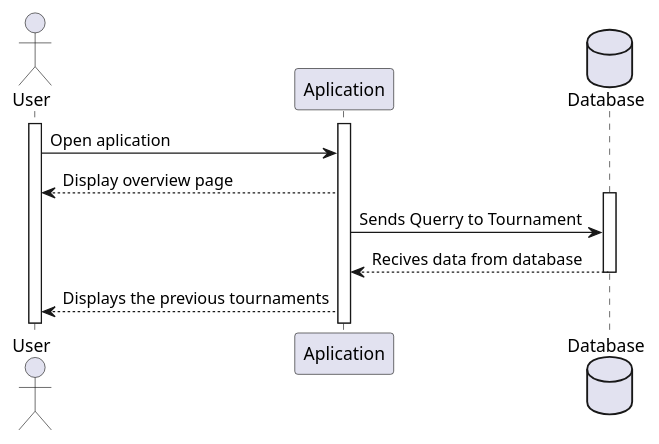
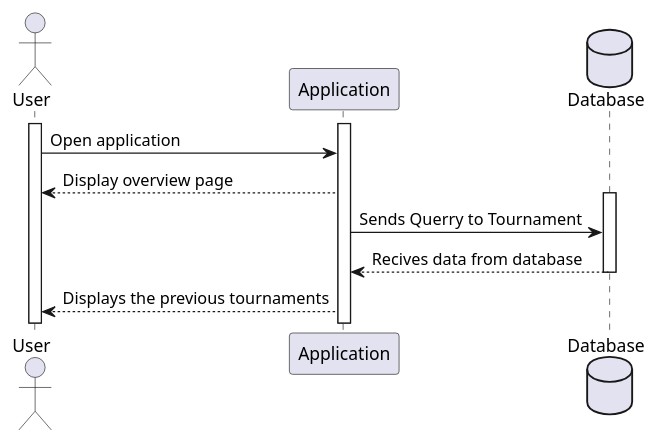
One commit to itzMesh/DCST1008-Prosjekt changed the diagram in ProjektUML/SequencediagramUserAppData/sequence_diagram_open.wsd. Above: the diagram before and after it, drawn with PlantUML. The commit also changed 17 other files, not shown here.

Commit message:
Sequence fix

```diff
--- a/ProjektUML/SequencediagramUserAppData/sequence_diagram_open.wsd
+++ b/ProjektUML/SequencediagramUserAppData/sequence_diagram_open.wsd
@@ -1,23 +1,23 @@
 @startuml SequenceOpen 
 
 actor User as U
-participant Aplication as A
+participant Application as A
 database Database as D
 
 activate U
 activate A
 
-U->A: Open aplication
+U->A: Open application
 A-->U:Display overview page
 activate D
 A->D: Sends Querry to Tournament
 D-->A: Recives data from database
 deactivate D
 A-->U: Displays the previous tournaments
 
 
 
 
 
 
 @endumel
```
